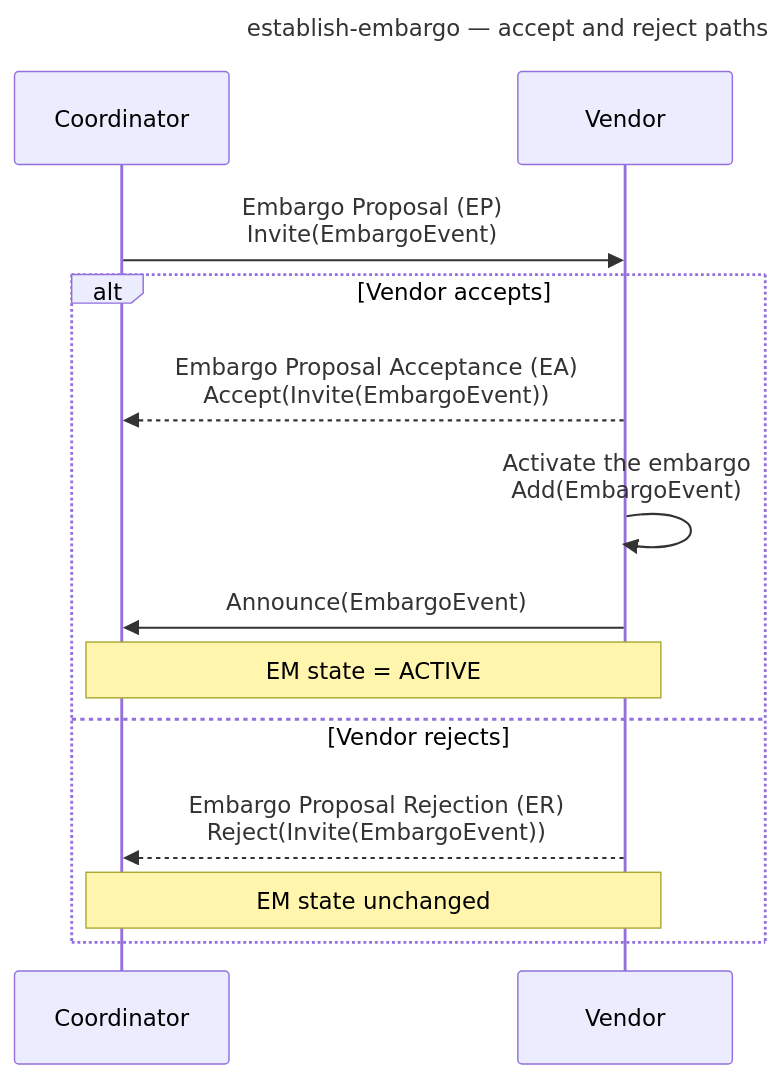
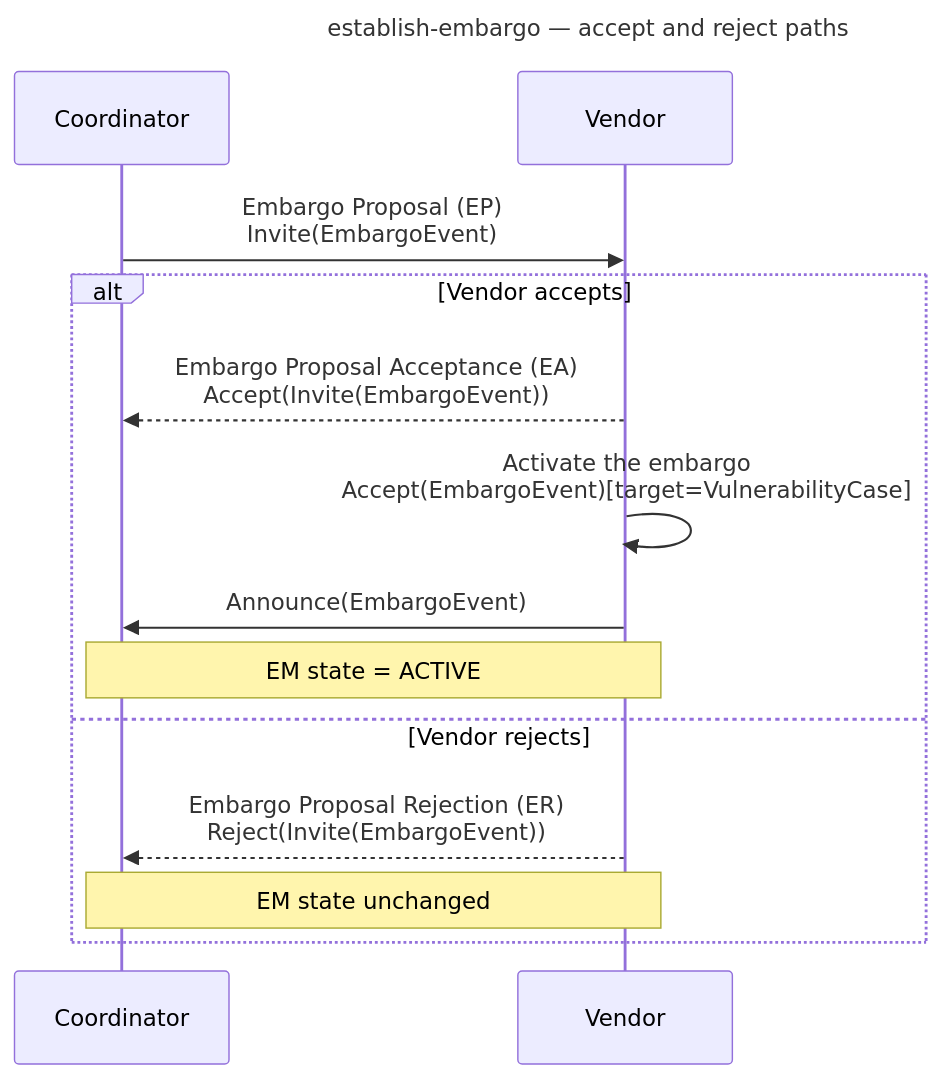
Before and after one commit to CERTCC/Vultron: the fifth of 9 diagrams in docs/tutorials/other_demos.md, drawn with Mermaid. The commit also changed other lines of this file and 6 other files, not shown here.

````diff
--- a/docs/tutorials/other_demos.md
+++ b/docs/tutorials/other_demos.md
@@ -237,19 +237,19 @@
 ```mermaid
 ---
 title: establish-embargo — accept and reject paths
 ---
 sequenceDiagram
     participant C as Coordinator
     participant V as Vendor
 
     C->>V: Embargo Proposal (EP)<br/>Invite(EmbargoEvent)
     alt Vendor accepts
         V-->>C: Embargo Proposal Acceptance (EA)<br/>Accept(Invite(EmbargoEvent))
-        V->>V: Activate the embargo<br/>Add(EmbargoEvent)
+        V->>V: Activate the embargo<br/>Accept(EmbargoEvent)[target=VulnerabilityCase]
         V->>C: Announce(EmbargoEvent)
         Note over C,V: EM state = ACTIVE
     else Vendor rejects
         V-->>C: Embargo Proposal Rejection (ER)<br/>Reject(Invite(EmbargoEvent))
         Note over C,V: EM state unchanged
     end
 ```
````
